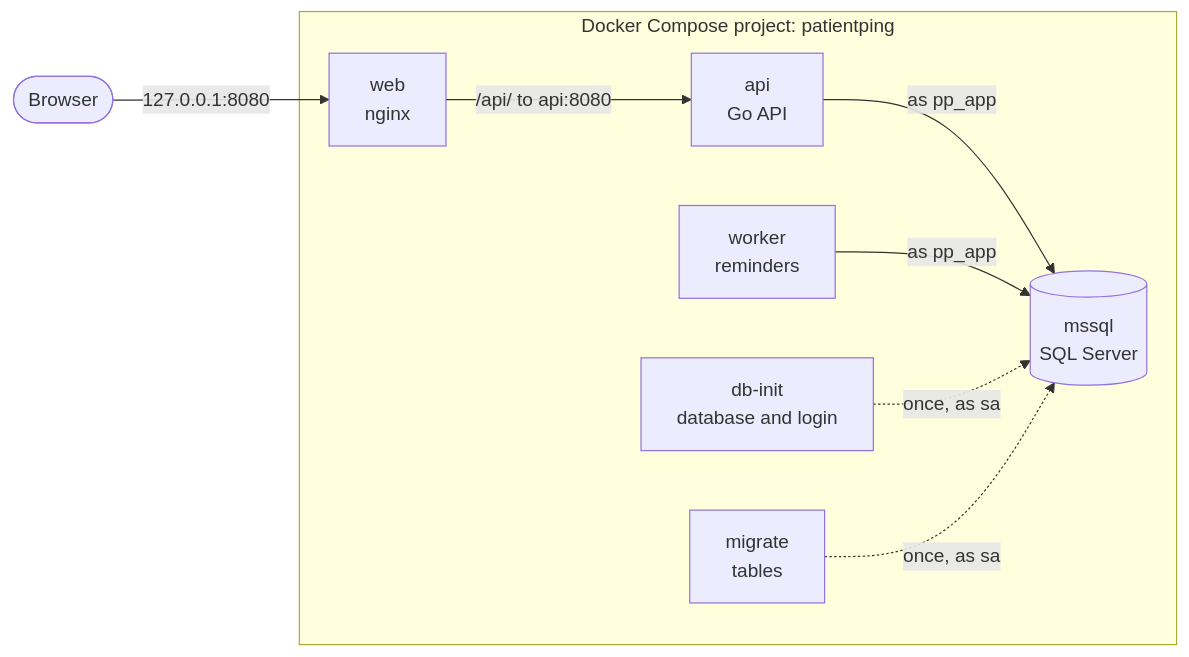
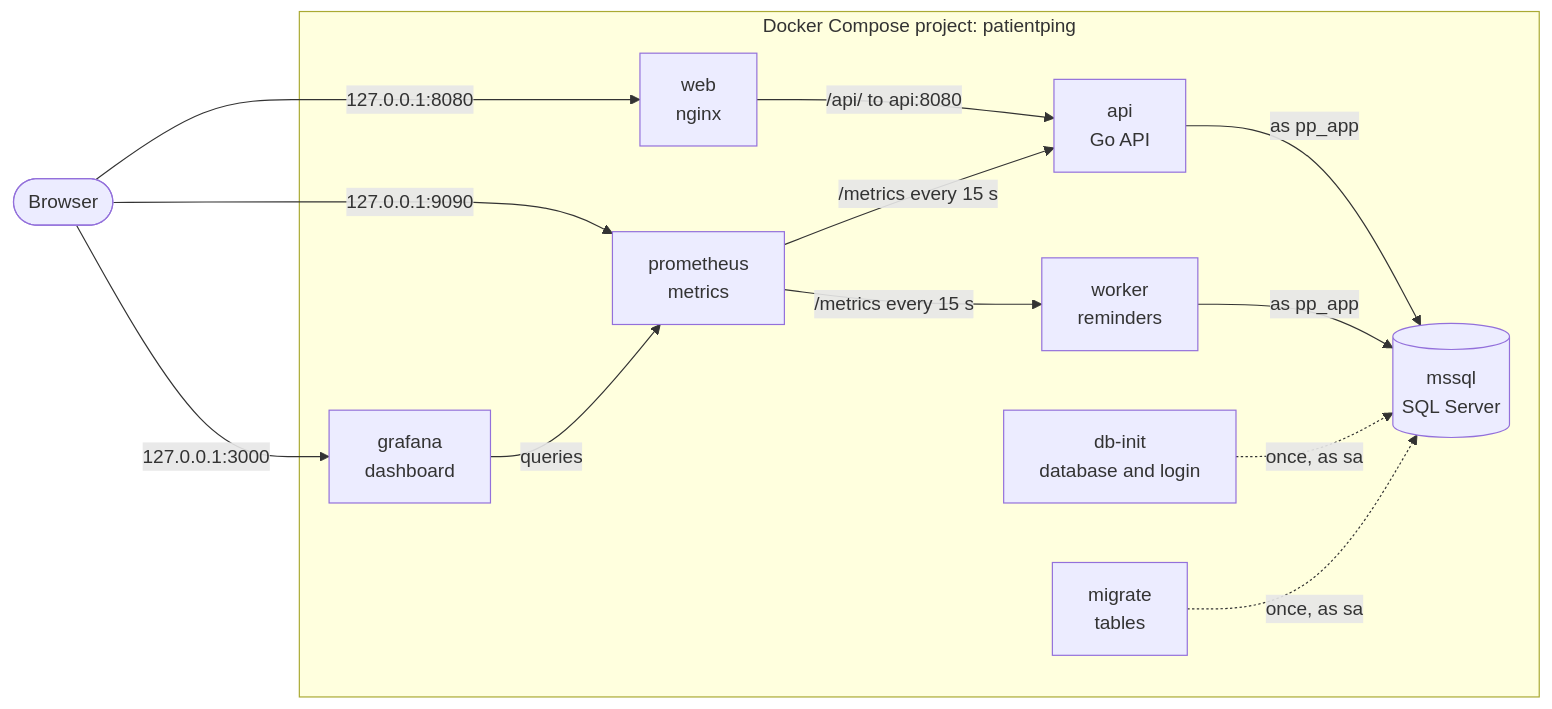
The diagram in README.md (FarisOmerbasic/patientping), drawn with Mermaid before and after one commit. The commit also changed other lines of this file and 6 other files, not shown here.

Commit message:
build(observability): prometheus and a grafana dashboard as code (#47)

````diff
--- a/README.md
+++ b/README.md
@@ -7,20 +7,27 @@
 ```mermaid
 flowchart LR
     browser([Browser])
 
     subgraph stack["Docker Compose project: patientping"]
         web["web<br/>nginx"]
         api["api<br/>Go API"]
         worker["worker<br/>reminders"]
         dbinit["db-init<br/>database and login"]
         migrate["migrate<br/>tables"]
         mssql[("mssql<br/>SQL Server")]
+        prometheus["prometheus<br/>metrics"]
+        grafana["grafana<br/>dashboard"]
     end
 
     browser -->|"127.0.0.1:8080"| web
     web -->|"/api/ to api:8080"| api
     api -->|"as pp_app"| mssql
     worker -->|"as pp_app"| mssql
     dbinit -.->|"once, as sa"| mssql
     migrate -.->|"once, as sa"| mssql
+    browser -->|"127.0.0.1:9090"| prometheus
+    prometheus -->|"/metrics every 15 s"| api
+    prometheus -->|"/metrics every 15 s"| worker
+    browser -->|"127.0.0.1:3000"| grafana
+    grafana -->|"queries"| prometheus
 ```
````
